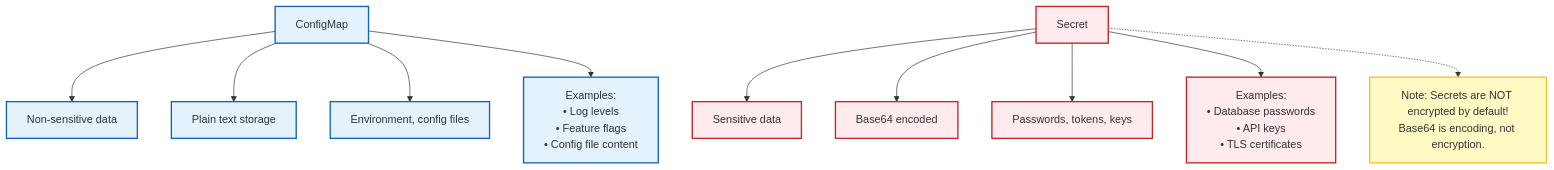
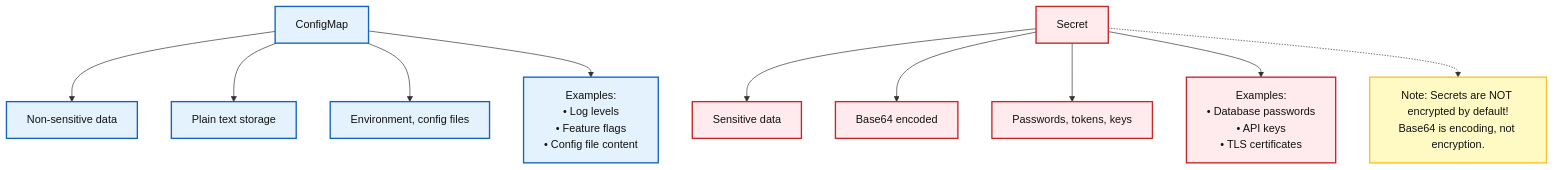
Before and after one commit to kube-dojo/kube-dojo.github.io: the first of 2 diagrams in src/content/docs/prerequisites/kubernetes-basics/module-1.6-configmaps-secrets.md, drawn with Mermaid. The commit also changed other lines of this file and 18 other files, not shown here.

Commit message:
docs: set readable Mermaid foreground colors (#3442)

````diff
--- a/src/content/docs/prerequisites/kubernetes-basics/module-1.6-configmaps-secrets.md
+++ b/src/content/docs/prerequisites/kubernetes-basics/module-1.6-configmaps-secrets.md
@@ -57,22 +57,22 @@
 ```mermaid
 graph TD
-    classDef configMap fill:#e3f2fd,stroke:#1565c0,stroke-width:2px
-    classDef secret fill:#ffebee,stroke:#c62828,stroke-width:2px
-    classDef note fill:#fff9c4,stroke:#fbc02d,stroke-width:2px
+    classDef configMap fill:#e3f2fd,color:#111,stroke:#1565c0,stroke-width:2px
+    classDef secret fill:#ffebee,color:#111,stroke:#c62828,stroke-width:2px
+    classDef note fill:#fff9c4,color:#111,stroke:#fbc02d,stroke-width:2px
 
     CM[ConfigMap]:::configMap
     SEC[Secret]:::secret
 
     CM --> CM1[Non-sensitive data]:::configMap
     CM --> CM2[Plain text storage]:::configMap
     CM --> CM3[Environment, config files]:::configMap
     CM --> CM4["Examples:<br>• Log levels<br>• Feature flags<br>• Config file content"]:::configMap
 
     SEC --> SEC1[Sensitive data]:::secret
     SEC --> SEC2[Base64 encoded]:::secret
     SEC --> SEC3[Passwords, tokens, keys]:::secret
     SEC --> SEC4["Examples:<br>• Database passwords<br>• API keys<br>• TLS certificates"]:::secret
 
     N["Note: Secrets are NOT encrypted by default!<br>Base64 is encoding, not encryption."]:::note
     SEC -.-> N
 ```
````
